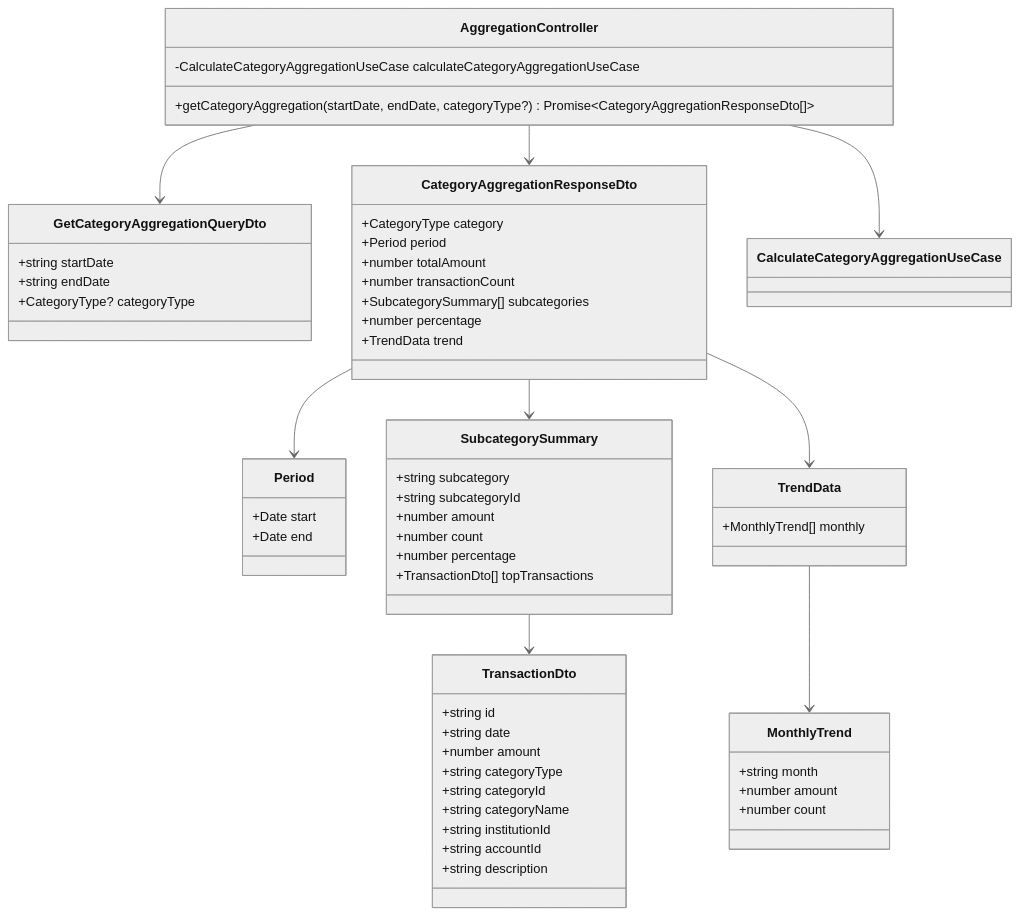
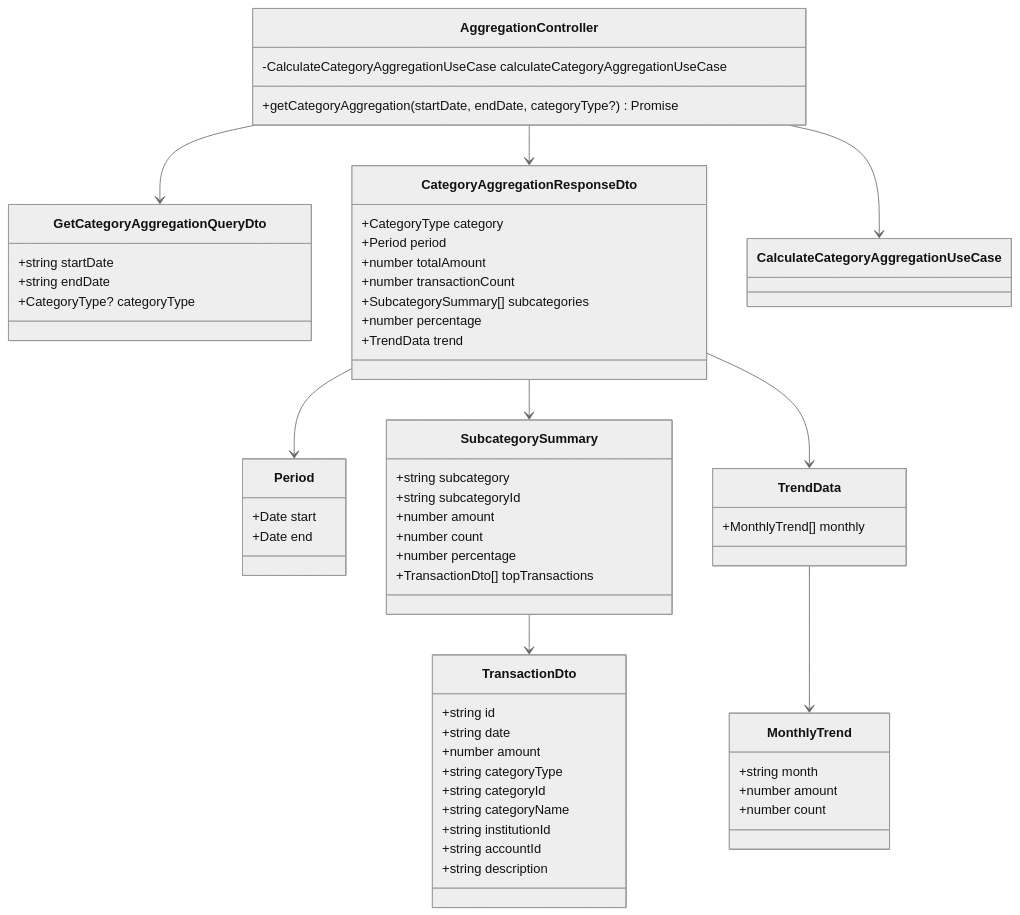
Before and after one commit to kencom2400/account-book: the fourth of 4 diagrams in docs/detailed-design/FR-018_category-aggregation/class-diagrams.md, drawn with Mermaid (neutral theme). The commit also changed other lines of this file, not shown here.

Commit message:
docs: Gemini指摘対応 - UseCaseとControllerの戻り値型を修正
categoryTypeが指定された場合は単一オブジェクト、指定されない場合は配列を返すため、
戻り値型を Promise<CategoryAggregationResponseDto | CategoryAggregationResponseDto[]> に修正。

Issue: #47

````diff
--- a/docs/detailed-design/FR-018_category-aggregation/class-diagrams.md
+++ b/docs/detailed-design/FR-018_category-aggregation/class-diagrams.md
@@ -353,68 +353,68 @@
 ```mermaid
 classDiagram
     class AggregationController {
         -CalculateCategoryAggregationUseCase calculateCategoryAggregationUseCase
-        +getCategoryAggregation(startDate, endDate, categoryType?) Promise~CategoryAggregationResponseDto[]~
+        +getCategoryAggregation(startDate, endDate, categoryType?) Promise<CategoryAggregationResponseDto | CategoryAggregationResponseDto[]>
     }
 
     class GetCategoryAggregationQueryDto {
         +string startDate
         +string endDate
         +CategoryType? categoryType
     }
 
     class CategoryAggregationResponseDto {
         +CategoryType category
         +Period period
         +number totalAmount
         +number transactionCount
         +SubcategorySummary[] subcategories
         +number percentage
         +TrendData trend
     }
 
     class Period {
         +Date start
         +Date end
     }
 
     class SubcategorySummary {
         +string subcategory
         +string subcategoryId
         +number amount
         +number count
         +number percentage
         +TransactionDto[] topTransactions
     }
 
     class TransactionDto {
         +string id
         +string date
         +number amount
         +string categoryType
         +string categoryId
         +string categoryName
         +string institutionId
         +string accountId
         +string description
     }
 
     class TrendData {
         +MonthlyTrend[] monthly
     }
 
     class MonthlyTrend {
         +string month
         +number amount
         +number count
     }
 
     AggregationController --> CalculateCategoryAggregationUseCase
     AggregationController --> GetCategoryAggregationQueryDto
     AggregationController --> CategoryAggregationResponseDto
     CategoryAggregationResponseDto --> Period
     CategoryAggregationResponseDto --> SubcategorySummary
     CategoryAggregationResponseDto --> TrendData
     SubcategorySummary --> TransactionDto
     TrendData --> MonthlyTrend
 ```
````
